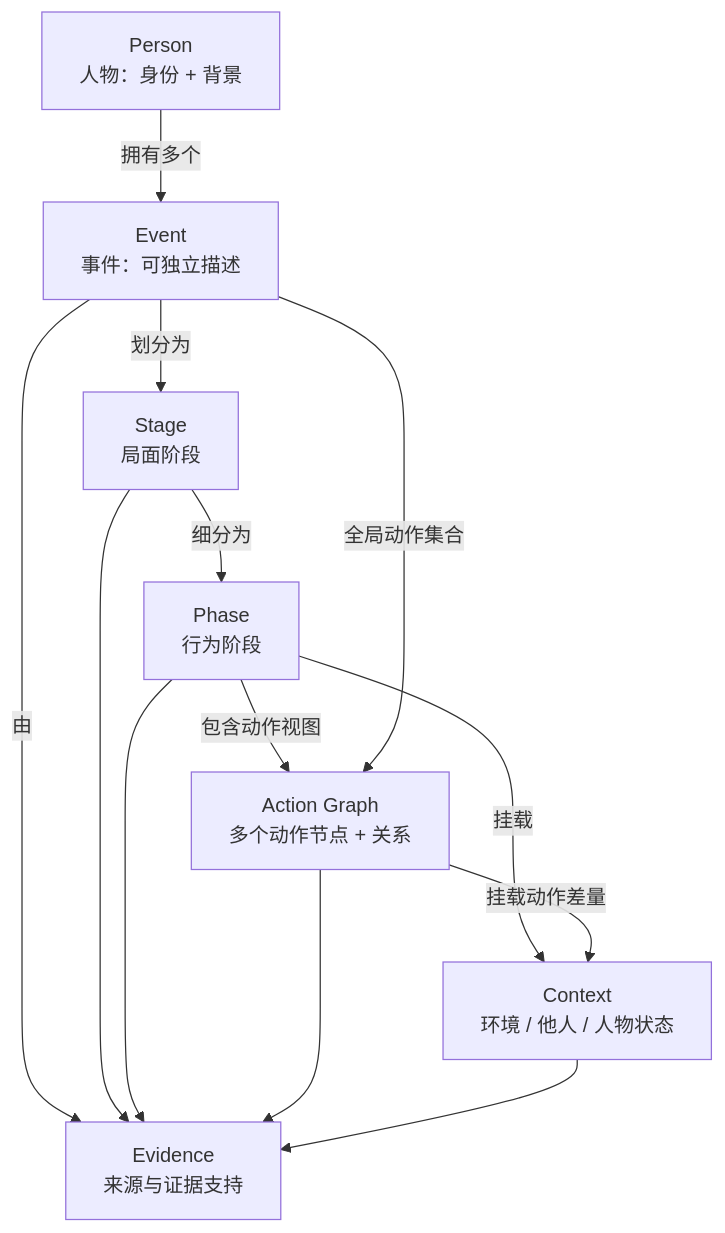
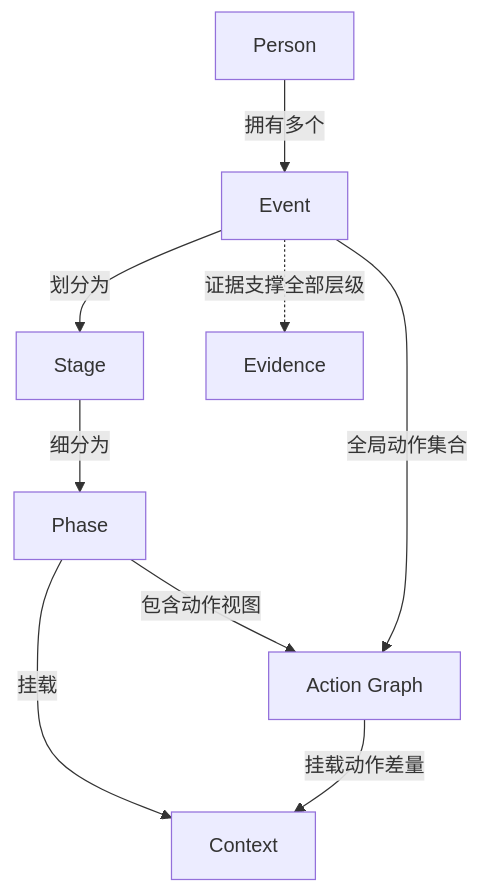
The second of 4 diagrams in docs/structures/0-overview.md (AgenticFinLab/FinMycelium), drawn with Mermaid before and after one commit. The commit also changed other lines of this file and 8 other files, not shown here.

First line of the commit message:
docs: fix Mermaid render errors and simplify framework diagrams

````diff
--- a/docs/structures/0-overview.md
+++ b/docs/structures/0-overview.md
@@ -59,15 +54,11 @@
 ```mermaid
 flowchart TB
-    P["Person<br/>人物：身份 + 背景"] -->|拥有多个| E["Event<br/>事件：可独立描述"]
-    E -->|划分为| S["Stage<br/>局面阶段"]
-    S -->|细分为| PH["Phase<br/>行为阶段"]
-    PH -->|包含动作视图| G["Action Graph<br/>多个动作节点 + 关系"]
+    P["Person"] -->|拥有多个| E["Event"]
+    E -->|划分为| S["Stage"]
+    S -->|细分为| PH["Phase"]
+    PH -->|包含动作视图| G["Action Graph"]
     E -->|全局动作集合| G
-    PH -->|挂载| C["Context<br/>环境 / 他人 / 人物状态"]
+    PH -->|挂载| C["Context"]
     G -->|挂载动作差量| C
-    E -->|由| EV["Evidence<br/>来源与证据支持"]
-    S --> EV
-    PH --> EV
-    G --> EV
-    C --> EV
+    E -.->|证据支撑全部层级| EV["Evidence"]
 ```
````
